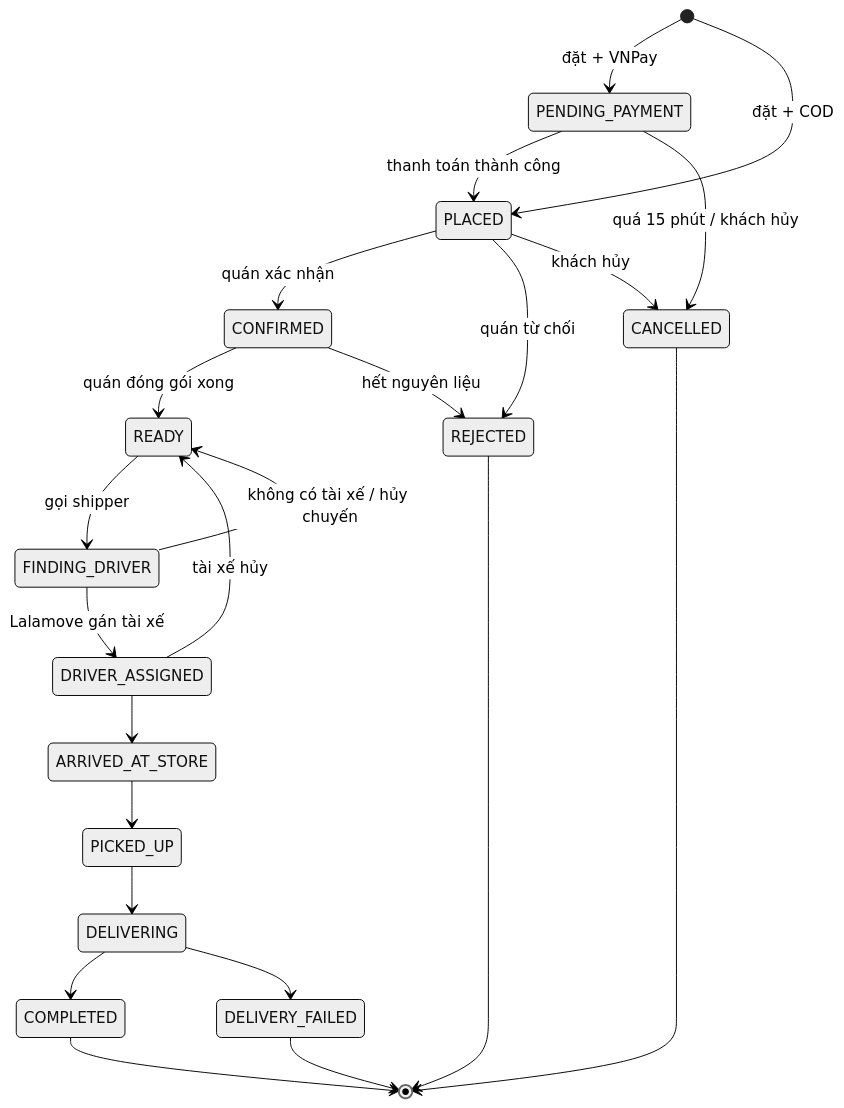
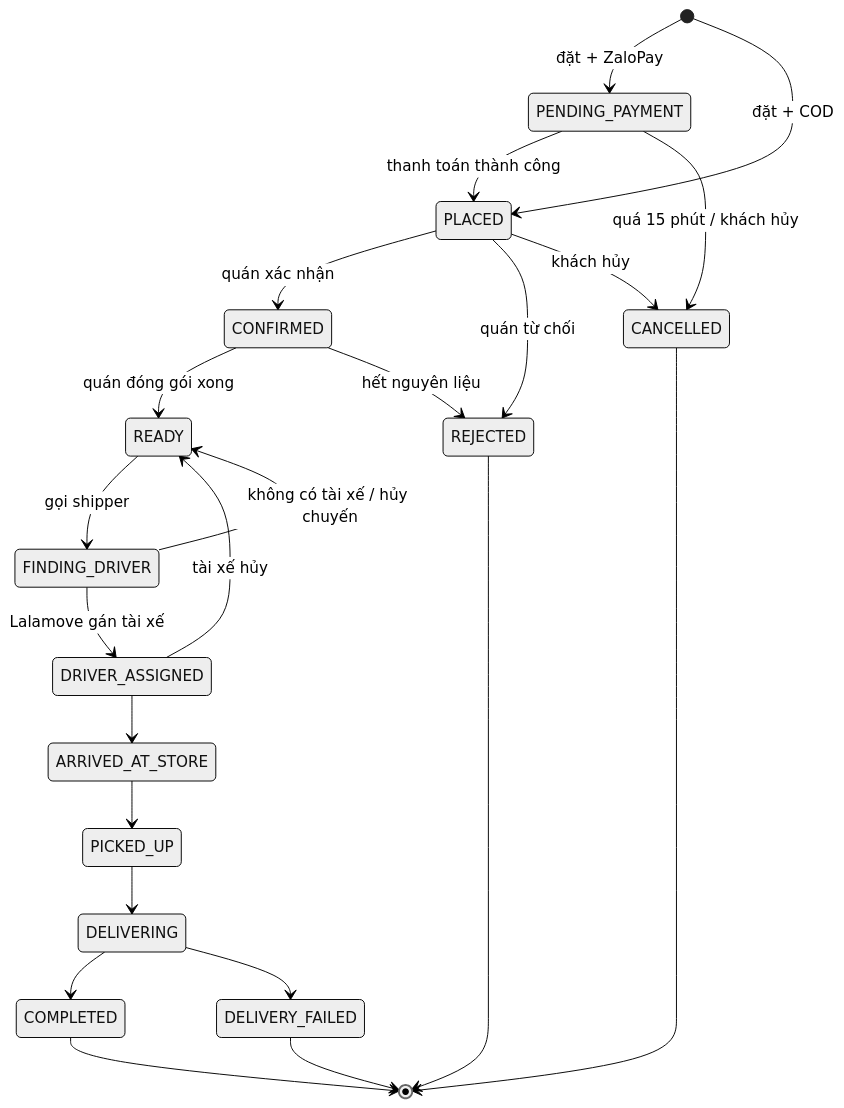
The first of 10 diagrams in docs/06-state-data-class.md (thanhpino/MobileAppFinalProject-MiaoSong), drawn with Mermaid (neutral theme) before and after one commit. The commit also changed other lines of this file and 51 other files, not shown here.

Commit message:
- completed class diagrams - completed activity diagrams - completed use case diagrams - completed test plans - adjusted the sequence diagrams from TMT after changing from vnpay to zalopay, and ggmap to openstreetmap

````diff
--- a/docs/06-state-data-class.md
+++ b/docs/06-state-data-class.md
@@ -7,25 +12,25 @@
 ```mermaid
 stateDiagram-v2
-    [*] --> PENDING_PAYMENT: đặt + VNPay
+    [*] --> PENDING_PAYMENT: đặt + ZaloPay
     [*] --> PLACED: đặt + COD
     PENDING_PAYMENT --> PLACED: thanh toán thành công
     PENDING_PAYMENT --> CANCELLED: quá 15 phút / khách hủy
     PLACED --> CONFIRMED: quán xác nhận
     PLACED --> REJECTED: quán từ chối
     PLACED --> CANCELLED: khách hủy
     CONFIRMED --> READY: quán đóng gói xong
     CONFIRMED --> REJECTED: hết nguyên liệu
     READY --> FINDING_DRIVER: gọi shipper
     FINDING_DRIVER --> DRIVER_ASSIGNED: Lalamove gán tài xế
     FINDING_DRIVER --> READY: không có tài xế / hủy chuyến
     DRIVER_ASSIGNED --> ARRIVED_AT_STORE
     DRIVER_ASSIGNED --> READY: tài xế hủy
     ARRIVED_AT_STORE --> PICKED_UP
     PICKED_UP --> DELIVERING
     DELIVERING --> COMPLETED
     DELIVERING --> DELIVERY_FAILED
     REJECTED --> [*]
     CANCELLED --> [*]
     COMPLETED --> [*]
     DELIVERY_FAILED --> [*]
 ```
````
